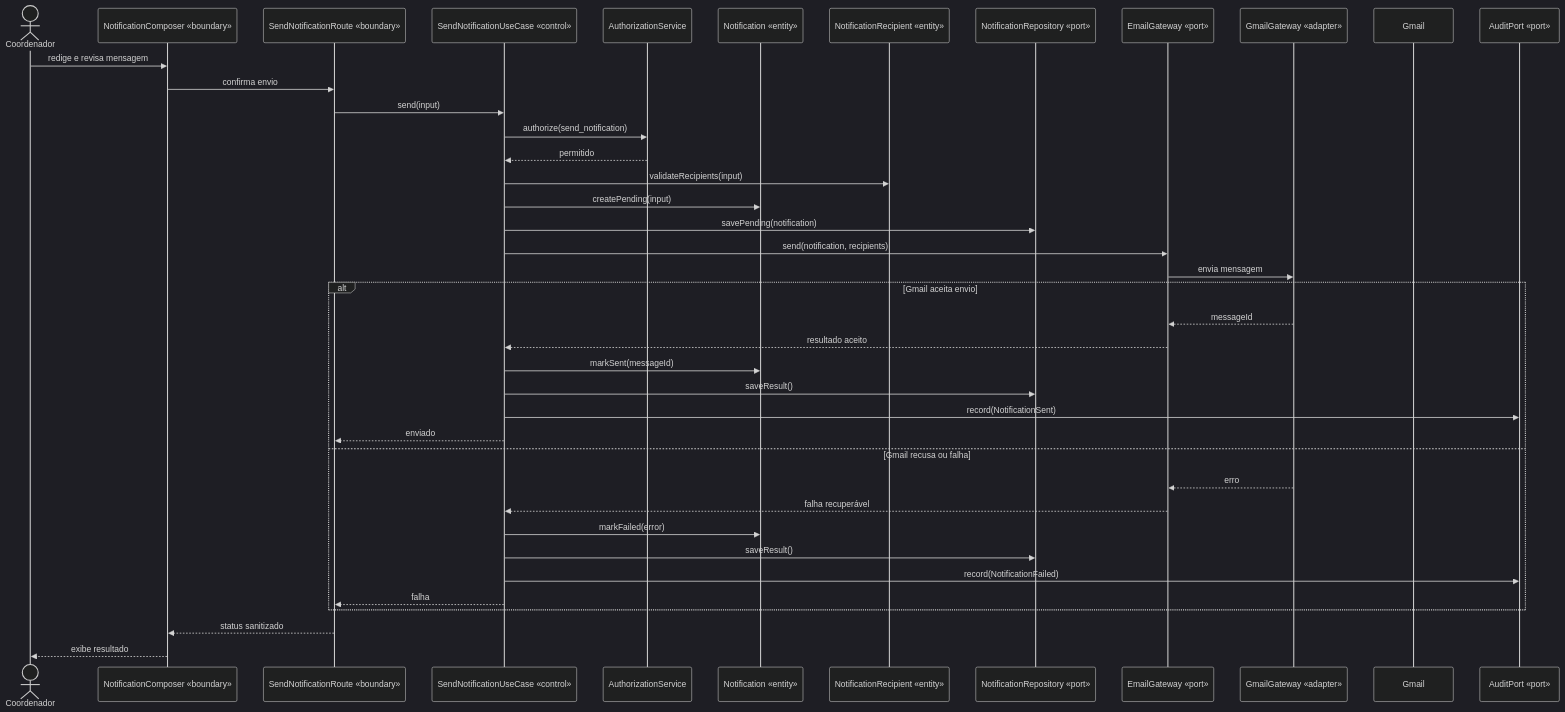
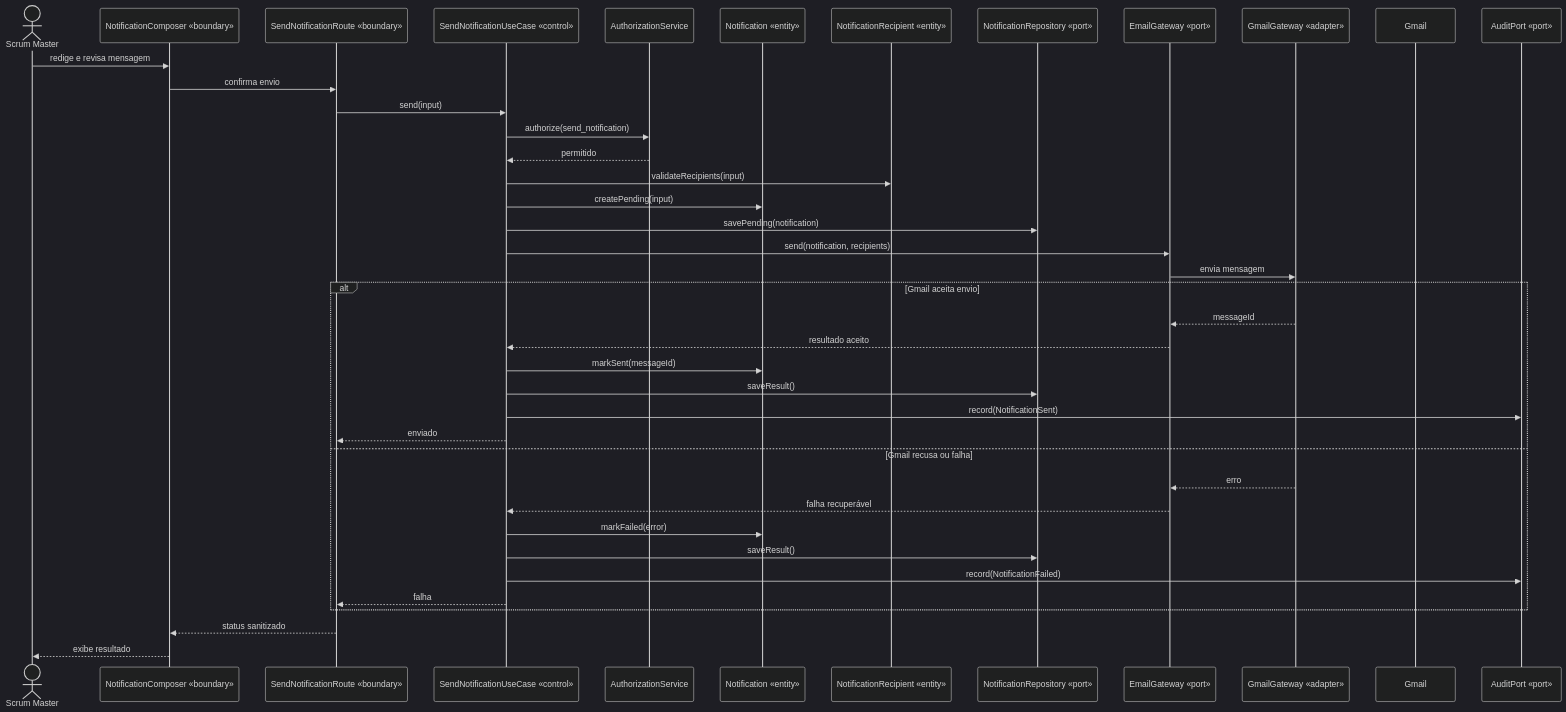
Before and after one commit to LuHenRe/PETBSI-SCRUM: the sixth of 8 diagrams in docs/especificao-de-software/08-diagramas-de-sequencia.md, drawn with Mermaid (dark theme). The commit also changed other lines of this file and 13 other files, not shown here.

````diff
--- a/docs/especificao-de-software/08-diagramas-de-sequencia.md
+++ b/docs/especificao-de-software/08-diagramas-de-sequencia.md
@@ -173,43 +173,43 @@
 ```mermaid
 sequenceDiagram
-    actor Coordenador
+    actor ScrumMaster as Scrum Master
     participant UI as NotificationComposer «boundary»
     participant API as SendNotificationRoute «boundary»
     participant UC as SendNotificationUseCase «control»
     participant Auth as AuthorizationService
     participant Notification as Notification «entity»
     participant Recipient as NotificationRecipient «entity»
     participant Repo as NotificationRepository «port»
     participant Email as EmailGateway «port»
     participant Gmail as GmailGateway «adapter»
     participant Google as Gmail
     participant Audit as AuditPort «port»
 
-    Coordenador->>UI: redige e revisa mensagem
+    ScrumMaster->>UI: redige e revisa mensagem
     UI->>API: confirma envio
     API->>UC: send(input)
     UC->>Auth: authorize(send_notification)
     Auth-->>UC: permitido
     UC->>Recipient: validateRecipients(input)
     UC->>Notification: createPending(input)
     UC->>Repo: savePending(notification)
     UC->>Email: send(notification, recipients)
     Email->>Gmail: envia mensagem
     alt Gmail aceita envio
         Gmail-->>Email: messageId
         Email-->>UC: resultado aceito
         UC->>Notification: markSent(messageId)
         UC->>Repo: saveResult()
         UC->>Audit: record(NotificationSent)
         UC-->>API: enviado
     else Gmail recusa ou falha
         Gmail-->>Email: erro
         Email-->>UC: falha recuperável
         UC->>Notification: markFailed(error)
         UC->>Repo: saveResult()
         UC->>Audit: record(NotificationFailed)
         UC-->>API: falha
     end
     API-->>UI: status sanitizado
-    UI-->>Coordenador: exibe resultado
+    UI-->>ScrumMaster: exibe resultado
 ```
````
